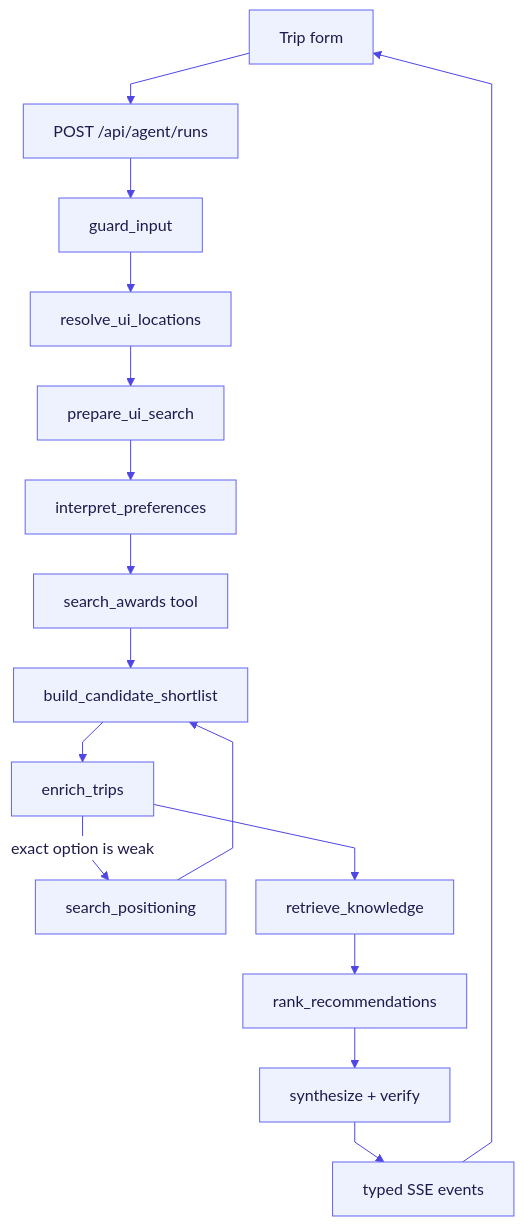
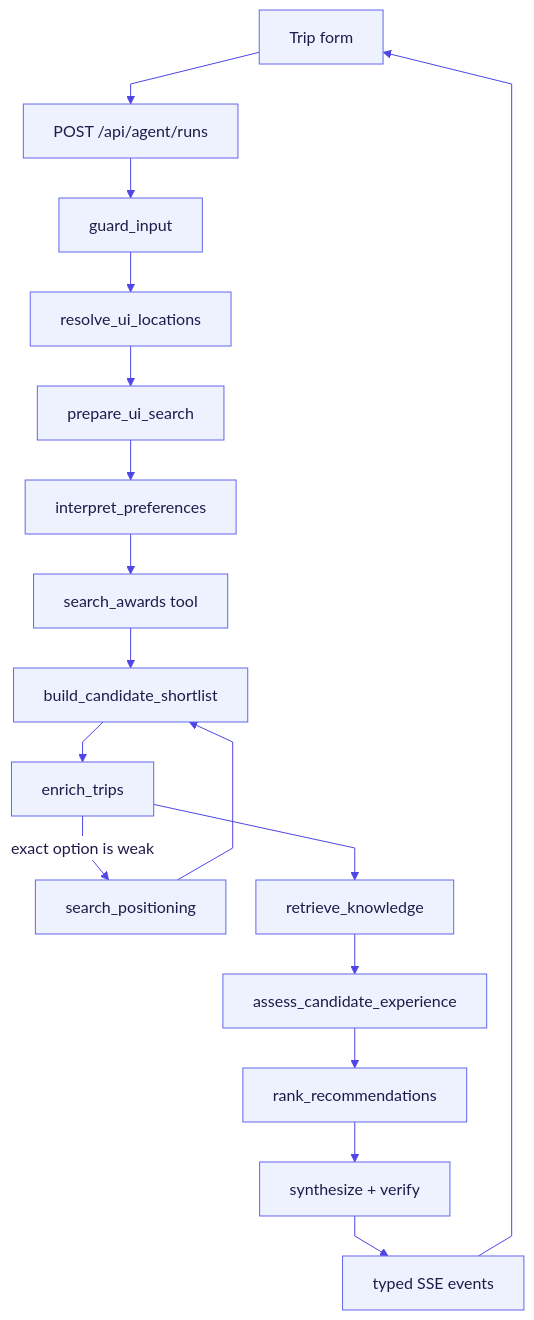
The diagram in README.md (david-vest/award-travel-agent), drawn with Mermaid before and after one commit. The commit also changed other lines of this file and 41 other files, not shown here.

````diff
--- a/README.md
+++ b/README.md
@@ -44,35 +44,36 @@
 ```mermaid
 %%{init: {
   'theme': 'base',
   'themeVariables': {
     'primaryColor': '#eef2ff',
     'primaryTextColor': '#1e1b4b',
     'primaryBorderColor': '#6366f1',
     'lineColor': '#4f46e5',
     'textColor': '#1e1b4b',
     'edgeLabelBackground': '#ffffff',
     'fontSize': '16px'
   },
   'flowchart': {
     'nodeSpacing': 30,
     'rankSpacing': 40,
     'curve': 'linear'
   }
 }}%%
 flowchart TD
   UI["Trip form"] --> API["POST /api/agent/runs"]
   API --> Guard["guard_input"]
   Guard --> Resolve["resolve_ui_locations"]
   Resolve --> Form["prepare_ui_search"]
   Form --> Preferences["interpret_preferences"]
   Preferences --> Search["search_awards tool"]
   Search --> Shortlist["build_candidate_shortlist"]
   Shortlist --> Enrich["enrich_trips"]
   Enrich -->|"exact option is weak"| Position["search_positioning"]
   Position --> Shortlist
   Enrich --> RAG["retrieve_knowledge"]
-  RAG --> Rank["rank_recommendations"]
+  RAG --> Assess["assess_candidate_experience"]
+  Assess --> Rank["rank_recommendations"]
   Rank --> Synthesize["synthesize + verify"]
   Synthesize --> SSE["typed SSE events"]
   SSE --> UI
 ```
````
